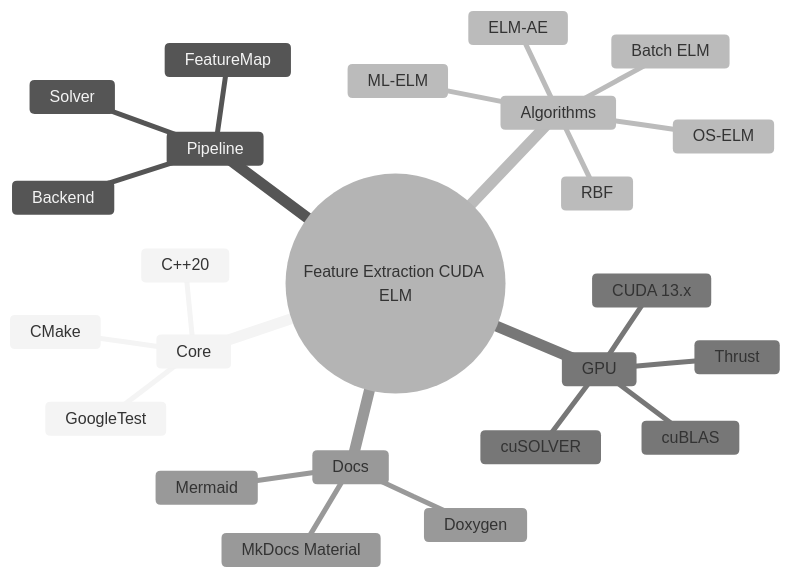
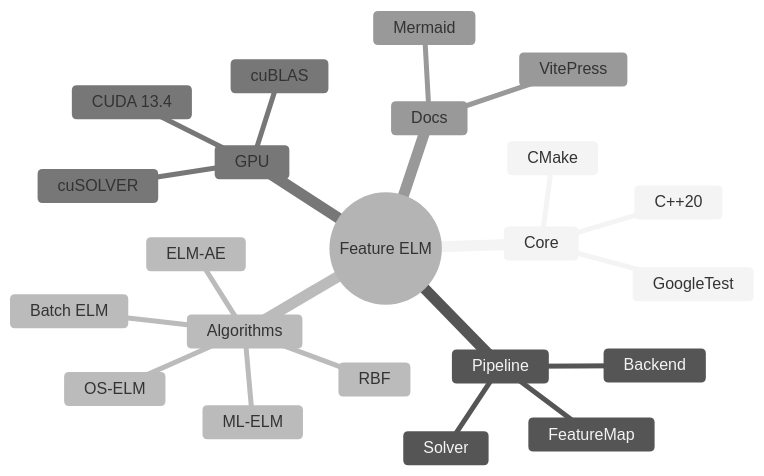
Before and after one commit to e-choness/feature_extraction_cuda_elm: the diagram in docs/index.md, drawn with Mermaid (neutral theme). The commit also changed other lines of this file and 98 other files, not shown here.

````diff
--- a/docs/index.md
+++ b/docs/index.md
@@ -44,27 +54,25 @@
 ```mermaid
 mindmap
-  root((Feature Extraction CUDA ELM))
+  root((Feature ELM))
     Core
       C++20
       CMake
       GoogleTest
     Pipeline
       FeatureMap
       Solver
       Backend
     Algorithms
       Batch ELM
       OS-ELM
       ELM-AE
       ML-ELM
       RBF
     GPU
-      CUDA 13.x
+      CUDA 13.4
       cuBLAS
       cuSOLVER
-      Thrust
     Docs
-      MkDocs Material
-      Doxygen
+      VitePress
       Mermaid
 ```
````
